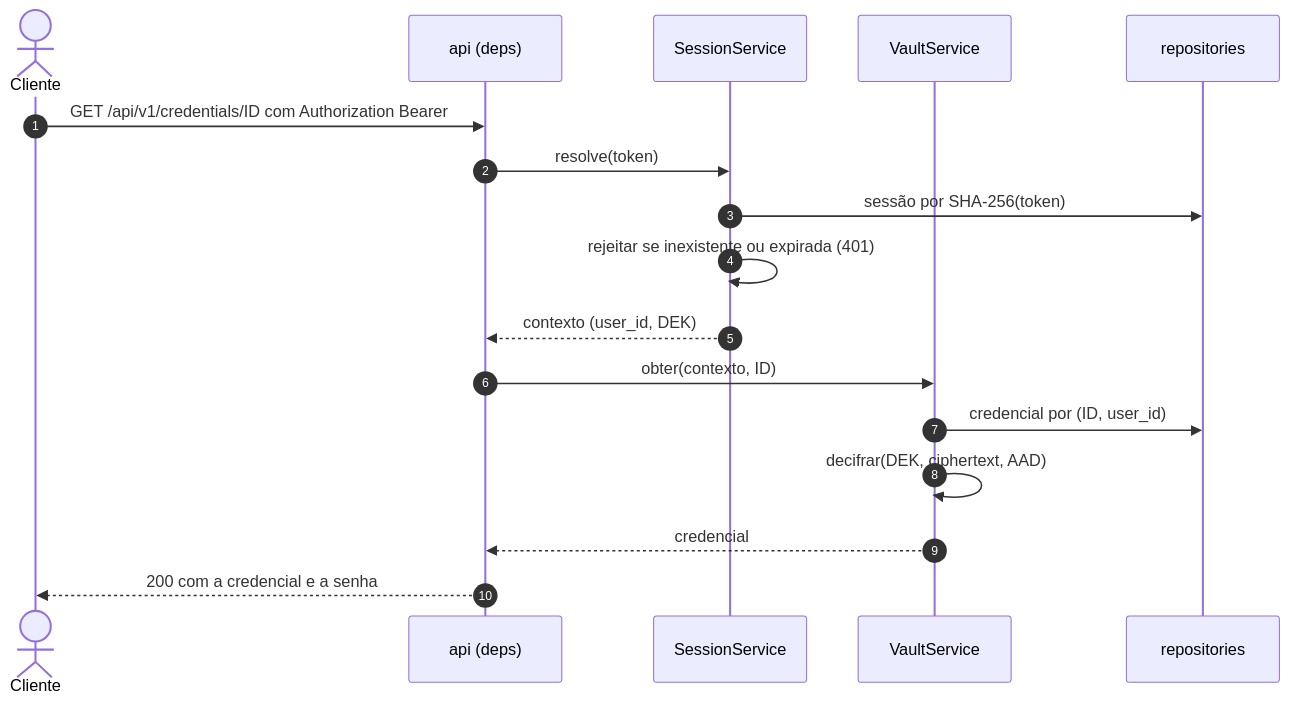
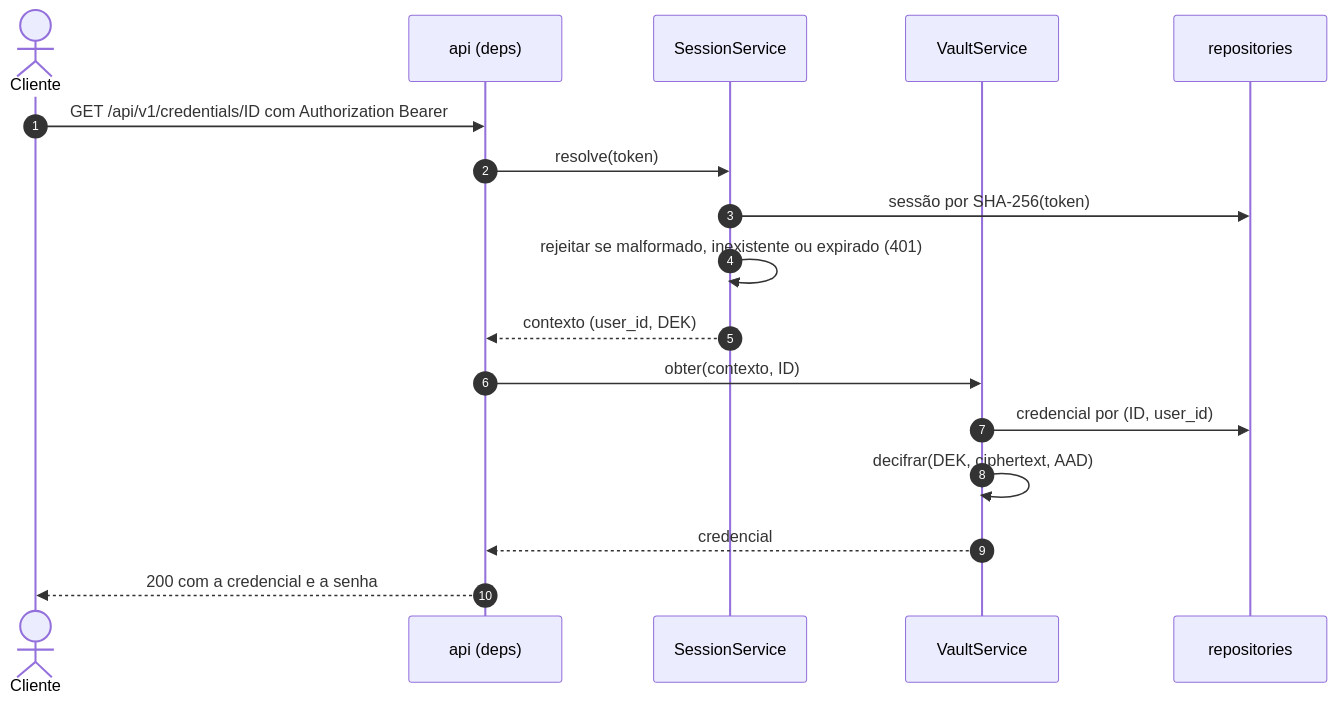
Before and after one commit to GuidaGaita/bootcamp: the fifth of 5 diagrams in docs/03-arquitetura.md, drawn with Mermaid. The commit also changed other lines of this file, not shown here.

````diff
--- a/docs/03-arquitetura.md
+++ b/docs/03-arquitetura.md
@@ -171,19 +173,19 @@
 ```mermaid
 sequenceDiagram
   autonumber
   actor C as Cliente
   participant D as api (deps)
   participant SS as SessionService
   participant VS as VaultService
   participant DB as repositories
   C->>D: GET /api/v1/credentials/ID com Authorization Bearer
   D->>SS: resolve(token)
   SS->>DB: sessão por SHA-256(token)
-  SS->>SS: rejeitar se inexistente ou expirada (401)
+  SS->>SS: rejeitar se malformado, inexistente ou expirado (401)
   SS-->>D: contexto (user_id, DEK)
   D->>VS: obter(contexto, ID)
   VS->>DB: credencial por (ID, user_id)
   VS->>VS: decifrar(DEK, ciphertext, AAD)
   VS-->>D: credencial
   D-->>C: 200 com a credencial e a senha
 ```
````
